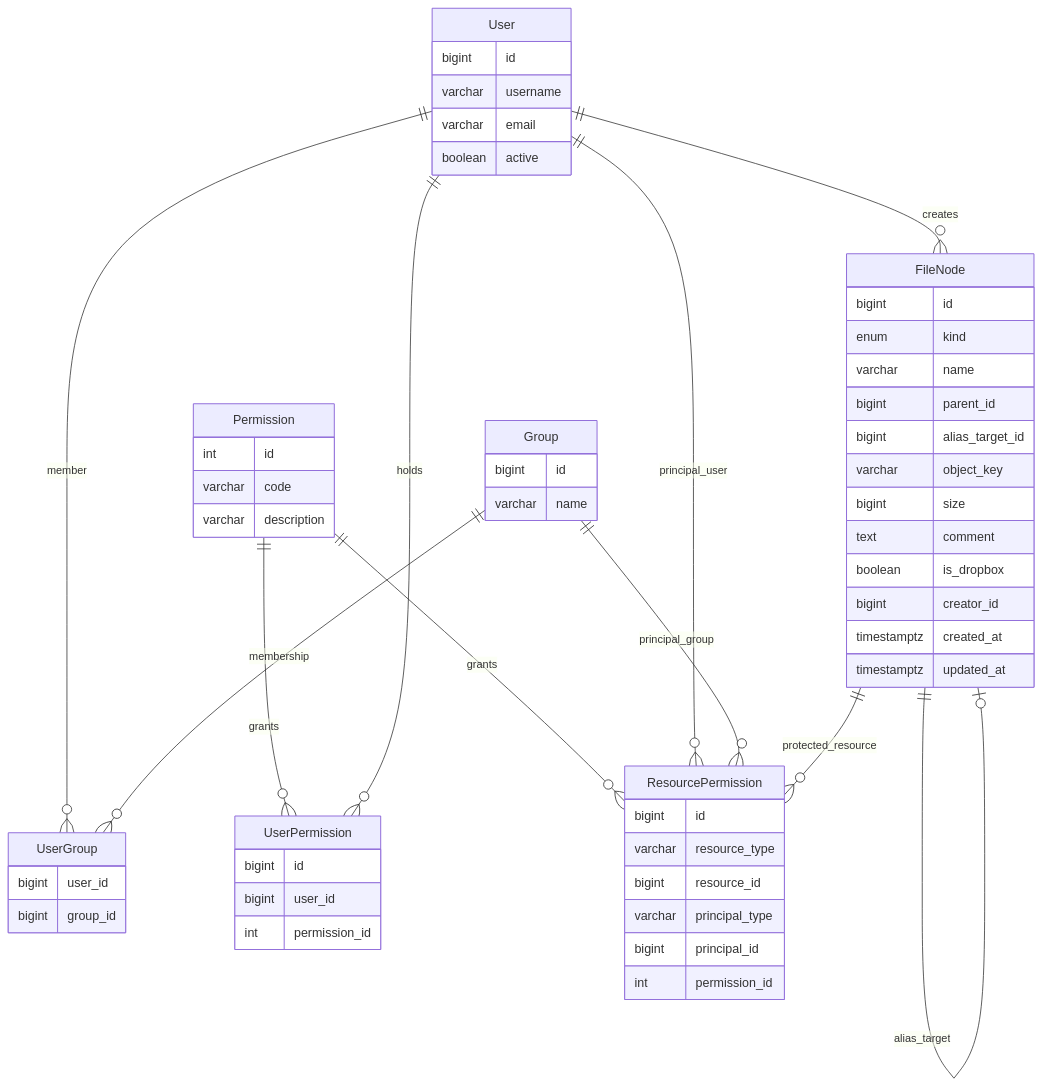
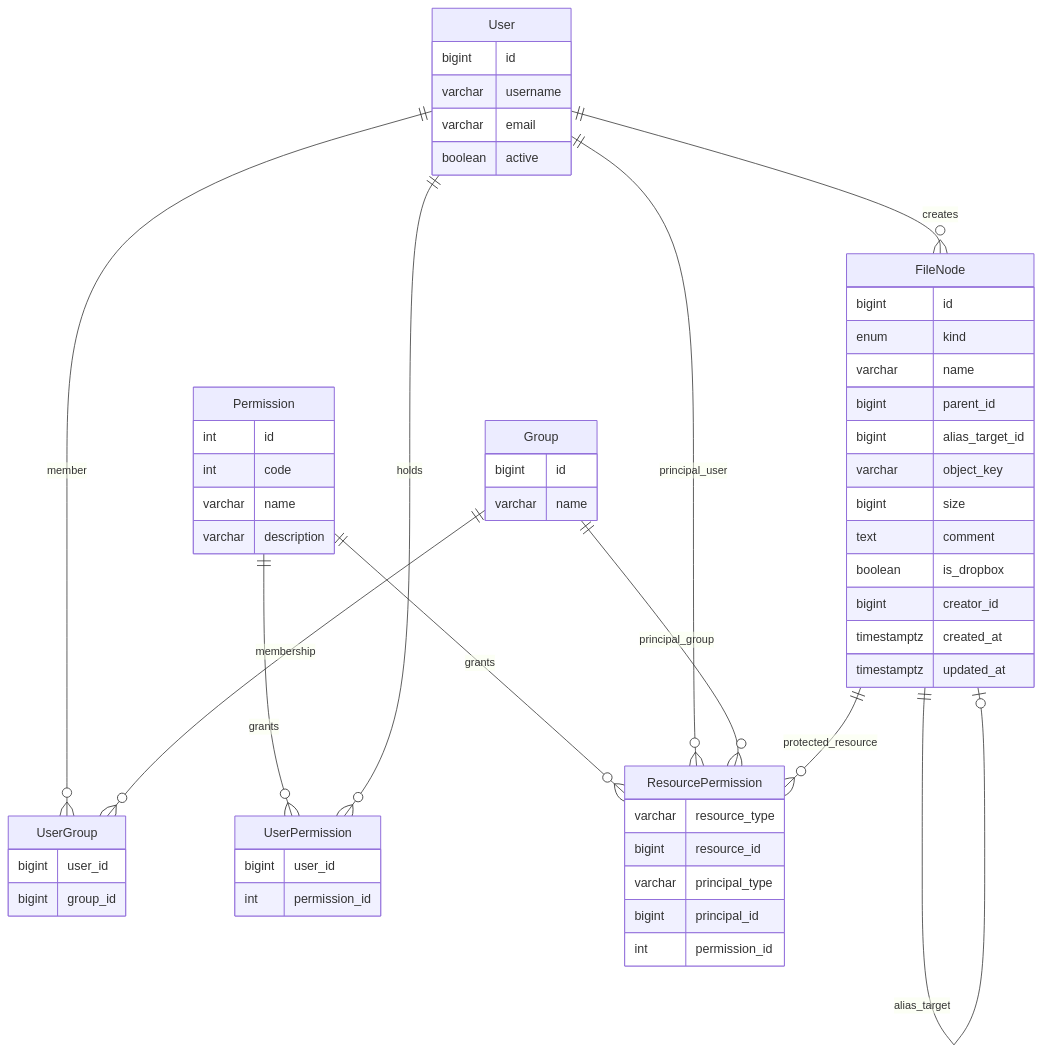
The fifth of 5 diagrams in docs/design.md (leynos/mxd), drawn with Mermaid before and after one commit. The commit also changed other lines of this file and 19 other files, not shown here.

First line of the commit message:
Implement file-node schema and ACL model

````diff
--- a/docs/design.md
+++ b/docs/design.md
@@ -2600,76 +2557,75 @@
 ```mermaid
 erDiagram
   FileNode {
     bigint id
     enum kind
     varchar name
     bigint parent_id
     bigint alias_target_id
     varchar object_key
     bigint size
     text comment
     boolean is_dropbox
     bigint creator_id
     timestamptz created_at
     timestamptz updated_at
   }
 
   User {
     bigint id
     varchar username
     varchar email
     boolean active
   }
 
   Group {
     bigint id
     varchar name
   }
 
   UserGroup {
     bigint user_id
     bigint group_id
   }
 
   Permission {
     int id
-    varchar code
+    int code
+    varchar name
     varchar description
   }
 
   UserPermission {
-    bigint id
     bigint user_id
     int permission_id
   }
 
   ResourcePermission {
-    bigint id
     varchar resource_type
     bigint resource_id
     varchar principal_type
     bigint principal_id
     int permission_id
   }
 
   %% Hierarchy relations
   FileNode ||--o| FileNode : parent
   FileNode ||--o| FileNode : alias_target
 
   %% Creators
   User ||--o{ FileNode : creates
 
   %% Groups and membership
   User ||--o{ UserGroup : member
   Group ||--o{ UserGroup : membership
 
   %% Global privileges
   Permission ||--o{ UserPermission : grants
   User ||--o{ UserPermission : holds
 
   %% Shared resource ACL
   Permission ||--o{ ResourcePermission : grants
   User ||--o{ ResourcePermission : principal_user
   Group ||--o{ ResourcePermission : principal_group
   FileNode ||--o{ ResourcePermission : protected_resource
 ```
````
